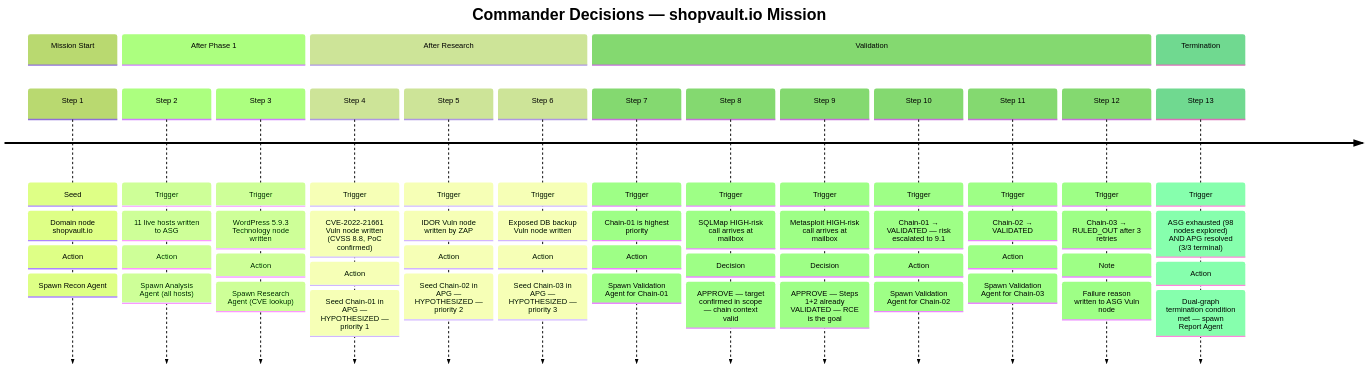
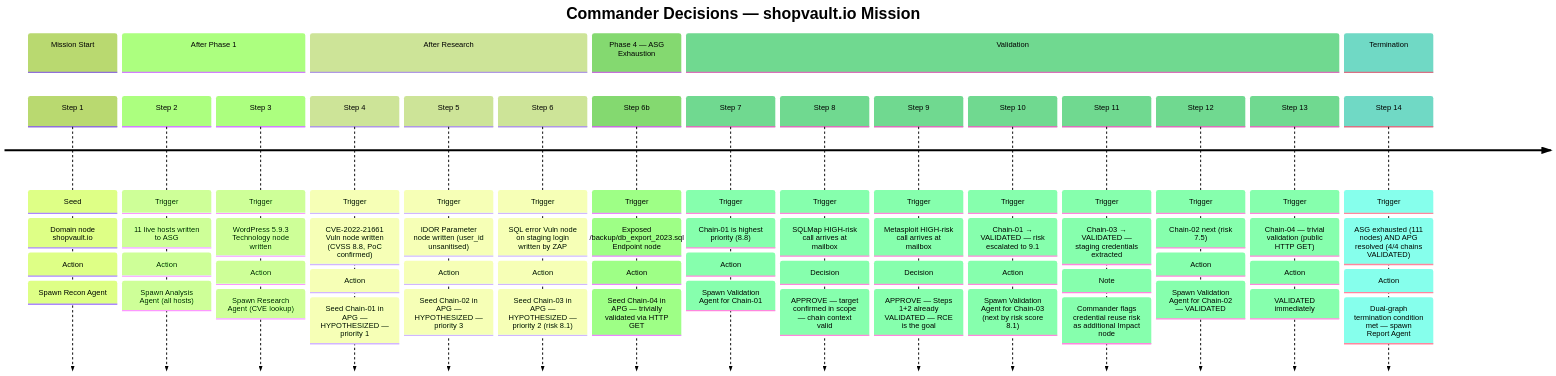
One commit to nishan-paul-2022/cmatrix-agentic-red-team changed diagram 15 of 22 in docs/paper-thesis/ppt/explanation/module-08-visual-walkthrough.md. Above: the diagram before and after it, drawn with Mermaid (forest theme). The commit also changed other lines of this file and 3 other files, not shown here.

````diff
--- a/docs/paper-thesis/ppt/explanation/module-08-visual-walkthrough.md
+++ b/docs/paper-thesis/ppt/explanation/module-08-visual-walkthrough.md
@@ -960,35 +982,40 @@
 ```mermaid
 timeline
     title Commander Decisions — shopvault.io Mission
     section Mission Start
         Step 1  : Seed: Domain node shopvault.io
                 : Action: Spawn Recon Agent
     section After Phase 1
         Step 2  : Trigger: 11 live hosts written to ASG
                 : Action: Spawn Analysis Agent (all hosts)
         Step 3  : Trigger: WordPress 5.9.3 Technology node written
                 : Action: Spawn Research Agent (CVE lookup)
     section After Research
         Step 4  : Trigger: CVE-2022-21661 Vuln node written (CVSS 8.8, PoC confirmed)
                 : Action: Seed Chain-01 in APG — HYPOTHESIZED — priority 1
-        Step 5  : Trigger: IDOR Vuln node written by ZAP
-                : Action: Seed Chain-02 in APG — HYPOTHESIZED — priority 2
-        Step 6  : Trigger: Exposed DB backup Vuln node written
-                : Action: Seed Chain-03 in APG — HYPOTHESIZED — priority 3
+        Step 5  : Trigger: IDOR Parameter node written (user_id unsanitised)
+                : Action: Seed Chain-02 in APG — HYPOTHESIZED — priority 3
+        Step 6  : Trigger: SQL error Vuln node on staging login written by ZAP
+                : Action: Seed Chain-03 in APG — HYPOTHESIZED — priority 2 (risk 8.1)
+    section Phase 4 — ASG Exhaustion
+        Step 6b : Trigger: Exposed /backup/db_export_2023.sql Endpoint node
+                : Action: Seed Chain-04 in APG — trivially validated via HTTP GET
     section Validation
-        Step 7  : Trigger: Chain-01 is highest priority
+        Step 7  : Trigger: Chain-01 is highest priority (8.8)
                 : Action: Spawn Validation Agent for Chain-01
         Step 8  : Trigger: SQLMap HIGH-risk call arrives at mailbox
                 : Decision: APPROVE — target confirmed in scope — chain context valid
         Step 9  : Trigger: Metasploit HIGH-risk call arrives at mailbox
                 : Decision: APPROVE — Steps 1+2 already VALIDATED — RCE is the goal
         Step 10 : Trigger: Chain-01 → VALIDATED — risk escalated to 9.1
-                : Action: Spawn Validation Agent for Chain-02
-        Step 11 : Trigger: Chain-02 → VALIDATED
-                : Action: Spawn Validation Agent for Chain-03
-        Step 12 : Trigger: Chain-03 → RULED_OUT after 3 retries
-                : Note: Failure reason written to ASG Vuln node
+                : Action: Spawn Validation Agent for Chain-03 (next by risk score 8.1)
+        Step 11 : Trigger: Chain-03 → VALIDATED — staging credentials extracted
+                : Note: Commander flags credential reuse risk as additional Impact node
+        Step 12 : Trigger: Chain-02 next (risk 7.5)
+                : Action: Spawn Validation Agent for Chain-02 — VALIDATED
+        Step 13 : Trigger: Chain-04 — trivial validation (public HTTP GET)
+                : Action: VALIDATED immediately
     section Termination
-        Step 13 : Trigger: ASG exhausted (98 nodes explored) AND APG resolved (3/3 terminal)
+        Step 14 : Trigger: ASG exhausted (111 nodes) AND APG resolved (4/4 chains VALIDATED)
                 : Action: Dual-graph termination condition met — spawn Report Agent
 ```
````
